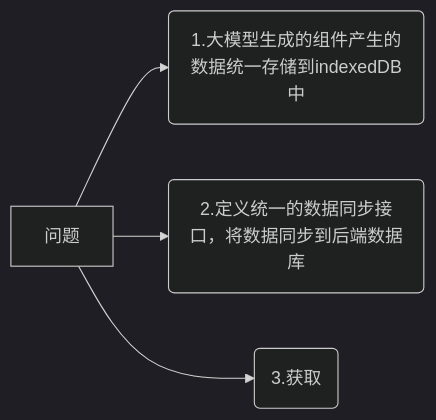
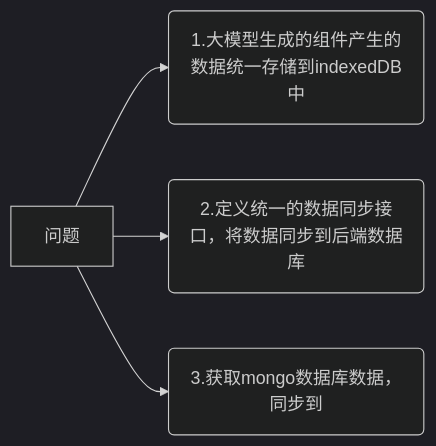
One commit to yingjianzh/iodraw-files changed the diagram in all/未命名-21.md. Above: the diagram before and after it, drawn with Mermaid (dark theme).

Commit message:
2025-02-17 14:20:28 update

````diff
--- a/all/未命名-21.md
+++ b/all/未命名-21.md
@@ -1,7 +1,7 @@
 ```mermaid
 graph LR
     A[问题] -->B(1.大模型生成的组件产生的数据统一存储到indexedDB中)
     A --> C(2.定义统一的数据同步接口，将数据同步到后端数据库)
-    A --> D(3.获取)
+    A --> D(3.获取mongo数据库数据，同步到)
   
 ```
````
